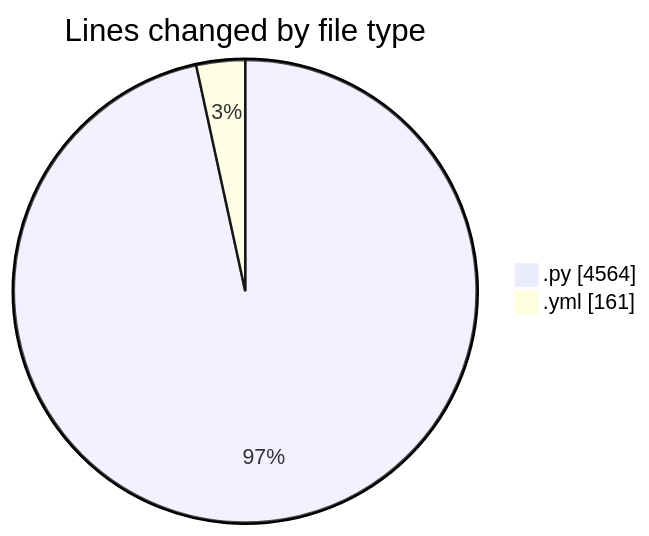
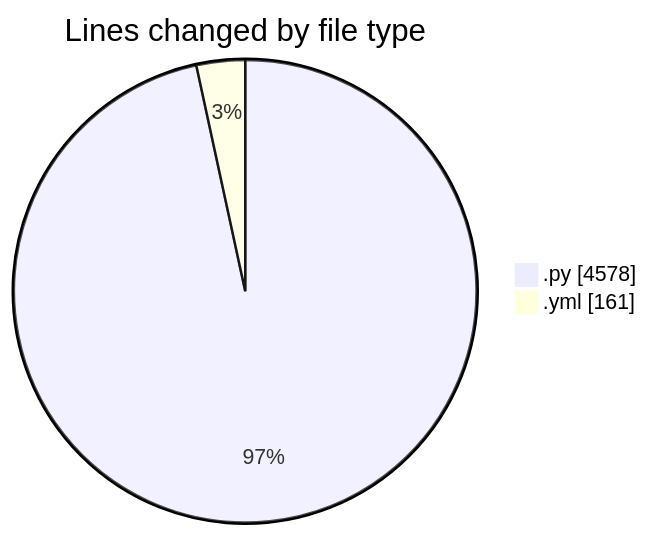
Before and after one commit to julien-gomy/code-tracking: the first of 2 diagrams in 2025-10-15/eventscop-api-guide__workspace_/README.md, drawn with Mermaid. The commit also changed other lines of this file and 1 other file, not shown here.

````diff
--- a/2025-10-15/eventscop-api-guide__workspace_/README.md
+++ b/2025-10-15/eventscop-api-guide__workspace_/README.md
@@ -30,6 +30,6 @@
 ```mermaid
 pie showData
 title Lines changed by file type
-".py" : 4564
+".py" : 4578
 ".yml" : 161
 ```
````
